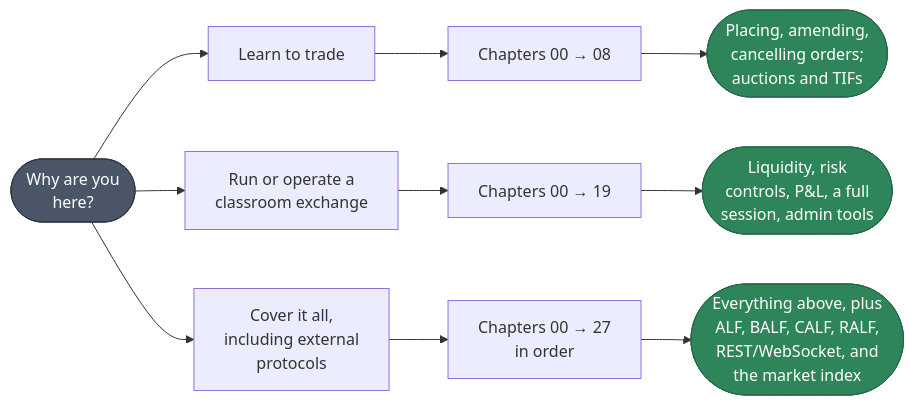
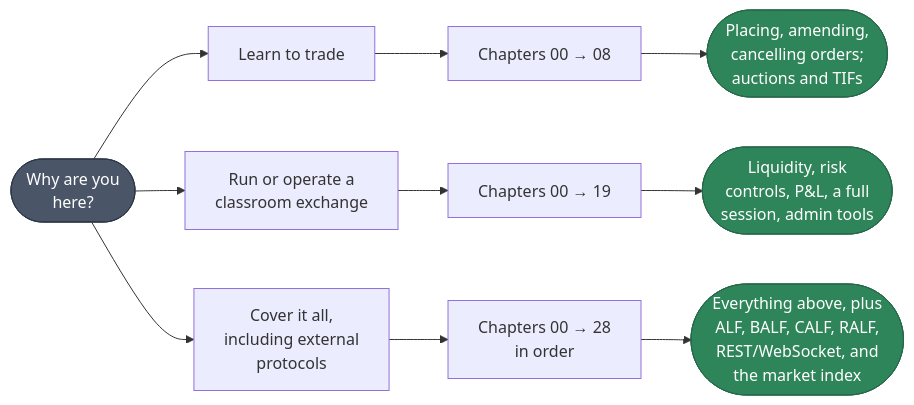
The first of 2 diagrams in docs/training/index.md (johan162/EduMatcher), drawn with Mermaid before and after one commit. The commit also changed other lines of this file and 51 other files, not shown here.

````diff
--- a/docs/training/index.md
+++ b/docs/training/index.md
@@ -71,20 +71,20 @@
 ```mermaid
 flowchart LR
     Start(["Why are you\nhere?"]) --> Trader["Learn to trade"]
     Start --> Operator["Run or operate a\nclassroom exchange"]
     Start --> Everything["Cover it all,\nincluding external\nprotocols"]
 
     Trader --> T1["Chapters 00 → 08"]
     T1 --> TDone(["Placing, amending,\ncancelling orders;\nauctions and TIFs"])
 
     Operator --> O1["Chapters 00 → 19"]
     O1 --> ODone(["Liquidity, risk\ncontrols, P&L, a full\nsession, admin tools"])
 
-    Everything --> E1["Chapters 00 → 27\nin order"]
+    Everything --> E1["Chapters 00 → 28\nin order"]
     E1 --> EDone(["Everything above, plus\nALF, BALF, CALF, RALF,\nREST/WebSocket, and\nthe market index"])
 
     style Start fill:#4a5568,stroke:#2d3748,color:#fff
     style TDone fill:#2f855a,stroke:#276749,color:#fff
     style ODone fill:#2f855a,stroke:#276749,color:#fff
     style EDone fill:#2f855a,stroke:#276749,color:#fff
 ```
````
